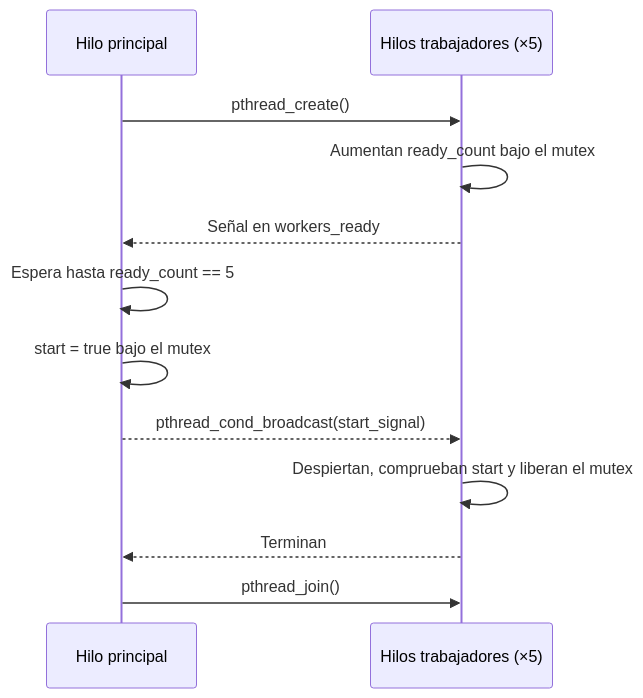
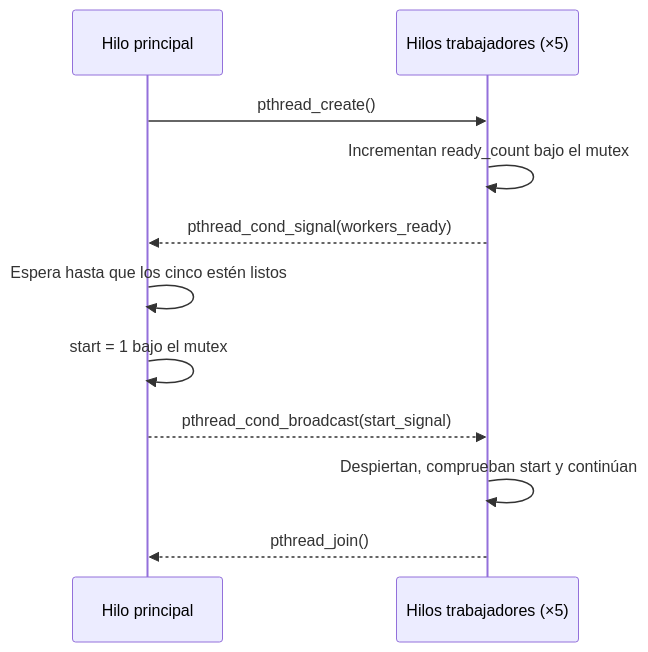
The second of 2 diagrams in README.md (LN13002/GPO135-2026-SysCore), drawn with Mermaid before and after one commit. The commit also changed other lines of this file and 5 other files, not shown here.

````diff
--- a/README.md
+++ b/README.md
@@ -50,14 +50,13 @@
 ```mermaid
 sequenceDiagram
     participant M as Hilo principal
     participant W as Hilos trabajadores (×5)
     M->>W: pthread_create()
-    W->>W: Aumentan ready_count bajo el mutex
-    W-->>M: Señal en workers_ready
-    M->>M: Espera hasta ready_count == 5
-    M->>M: start = true bajo el mutex
+    W->>W: Incrementan ready_count bajo el mutex
+    W-->>M: pthread_cond_signal(workers_ready)
+    M->>M: Espera hasta que los cinco estén listos
+    M->>M: start = 1 bajo el mutex
     M-->>W: pthread_cond_broadcast(start_signal)
-    W->>W: Despiertan, comprueban start y liberan el mutex
-    W-->>M: Terminan
-    M->>W: pthread_join()
+    W->>W: Despiertan, comprueban start y continúan
+    W-->>M: pthread_join()
 ```
````
